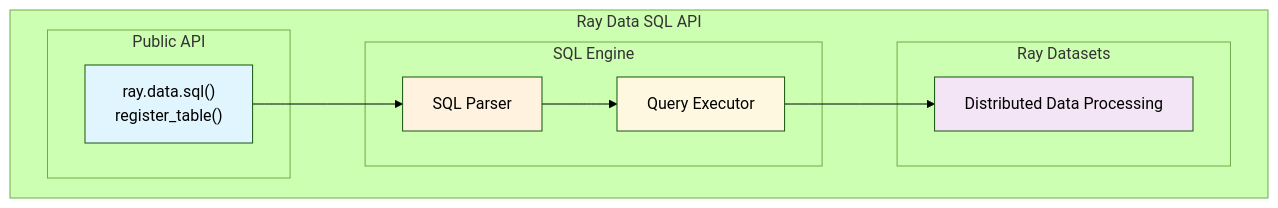
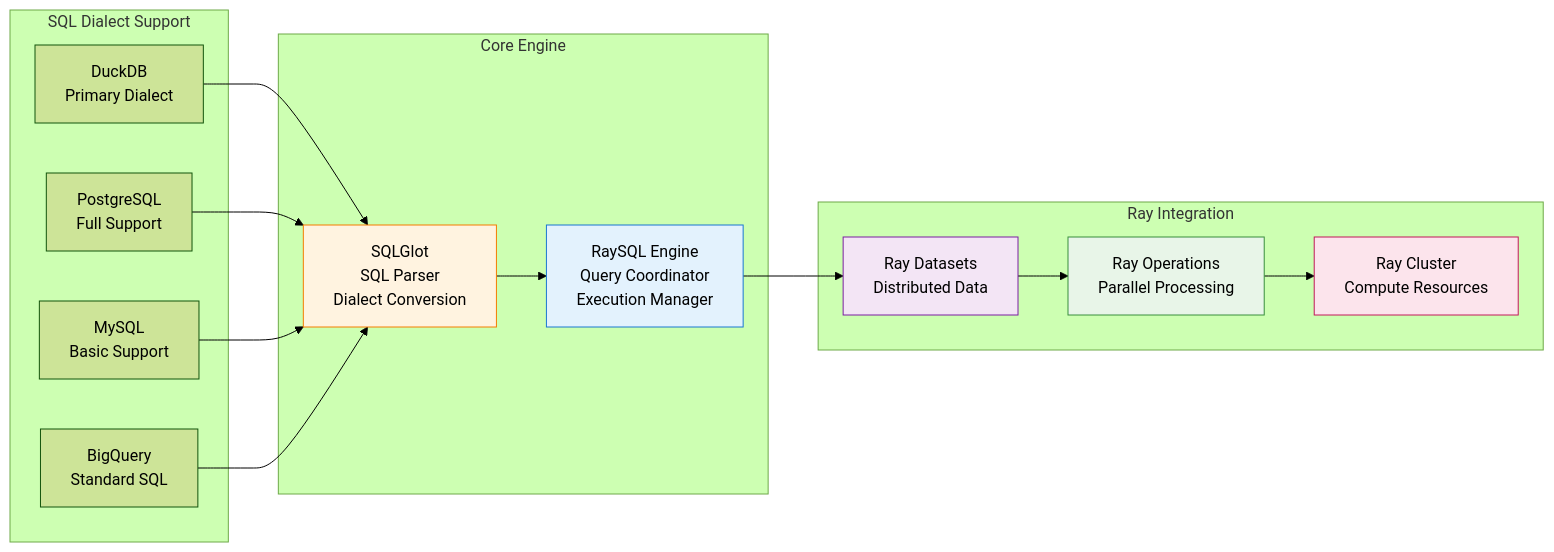
Before and after one commit to ray-project/ray: the third of 3 diagrams in python/ray/data/sql/README.md, drawn with Mermaid (forest theme). The commit also changed other lines of this file and 25 other files, not shown here.

````diff
--- a/python/ray/data/sql/README.md
+++ b/python/ray/data/sql/README.md
@@ -34,28 +187,36 @@
 ```mermaid
-graph TB
-    subgraph "Ray Data SQL API"
-        subgraph "Public API"
-            API["`ray.data.sql()
-            register_table()`"]
-        end
-        
-        subgraph "SQL Engine"
-            PARSER["SQL Parser"]
-            EXECUTOR["Query Executor"]
-            
-            PARSER --> EXECUTOR
-        end
-        
-        subgraph "Ray Datasets"
-            DATASETS["Distributed Data Processing"]
-        end
+graph LR
+    subgraph "SQL Dialect Support"
+        DuckDB["DuckDB<br/>Primary Dialect"]
+        PostgreSQL["PostgreSQL<br/>Full Support"]
+        MySQL["MySQL<br/>Basic Support"]
+        BigQuery["BigQuery<br/>Standard SQL"]
     end
     
-    API --> PARSER
-    EXECUTOR --> DATASETS
+    subgraph "Core Engine"
+        SQLGlot["SQLGlot<br/>SQL Parser<br/>Dialect Conversion"]
+        RaySQL["RaySQL Engine<br/>Query Coordinator<br/>Execution Manager"]
+    end
     
-    style API fill:#e1f5fe
-    style DATASETS fill:#f3e5f5
-    style PARSER fill:#fff3e0
-    style EXECUTOR fill:#fff8e1
+    subgraph "Ray Integration"
+        Datasets["Ray Datasets<br/>Distributed Data"]
+        Operations["Ray Operations<br/>Parallel Processing"]
+        Cluster["Ray Cluster<br/>Compute Resources"]
+    end
+    
+    DuckDB --> SQLGlot
+    PostgreSQL --> SQLGlot
+    MySQL --> SQLGlot
+    BigQuery --> SQLGlot
+    
+    SQLGlot --> RaySQL
+    RaySQL --> Datasets
+    Datasets --> Operations
+    Operations --> Cluster
+    
+    style SQLGlot fill:#fff3e0,stroke:#f57c00
+    style RaySQL fill:#e3f2fd,stroke:#1976d2
+    style Datasets fill:#f3e5f5,stroke:#7b1fa2
+    style Operations fill:#e8f5e8,stroke:#388e3c
+    style Cluster fill:#fce4ec,stroke:#c2185b
 ```
````
